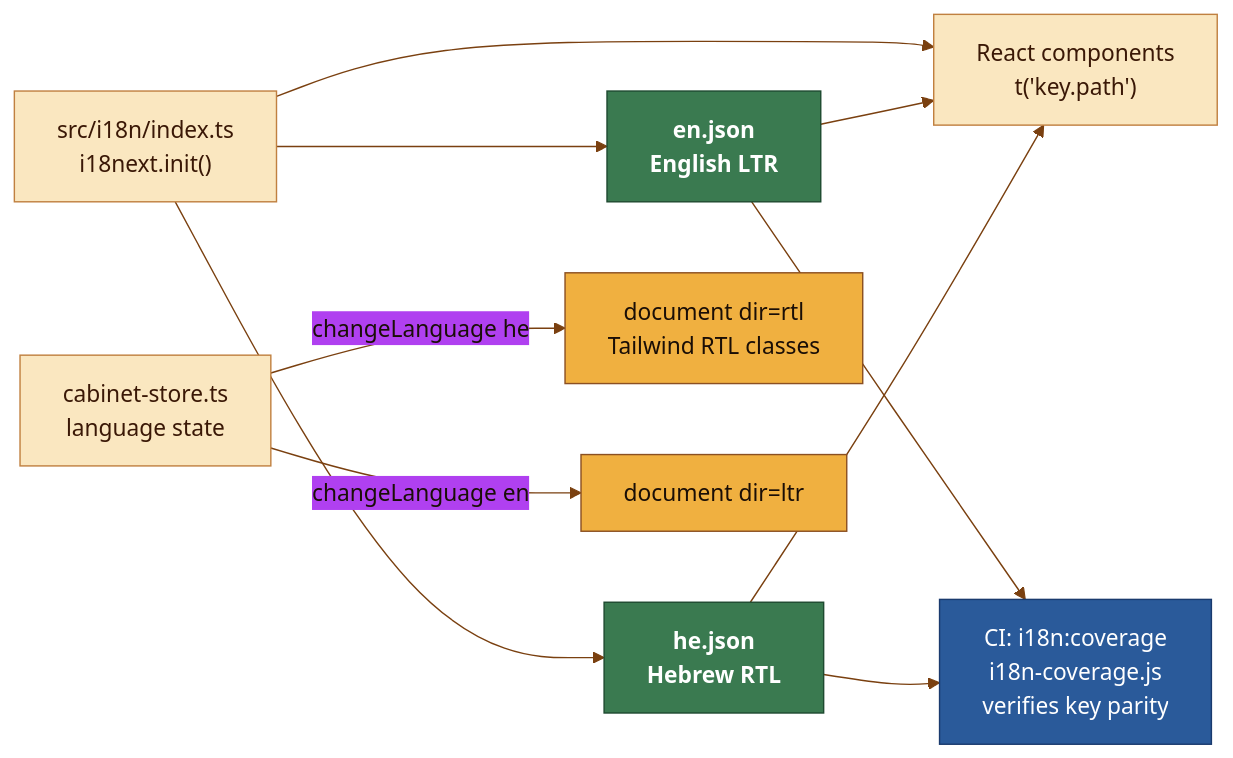
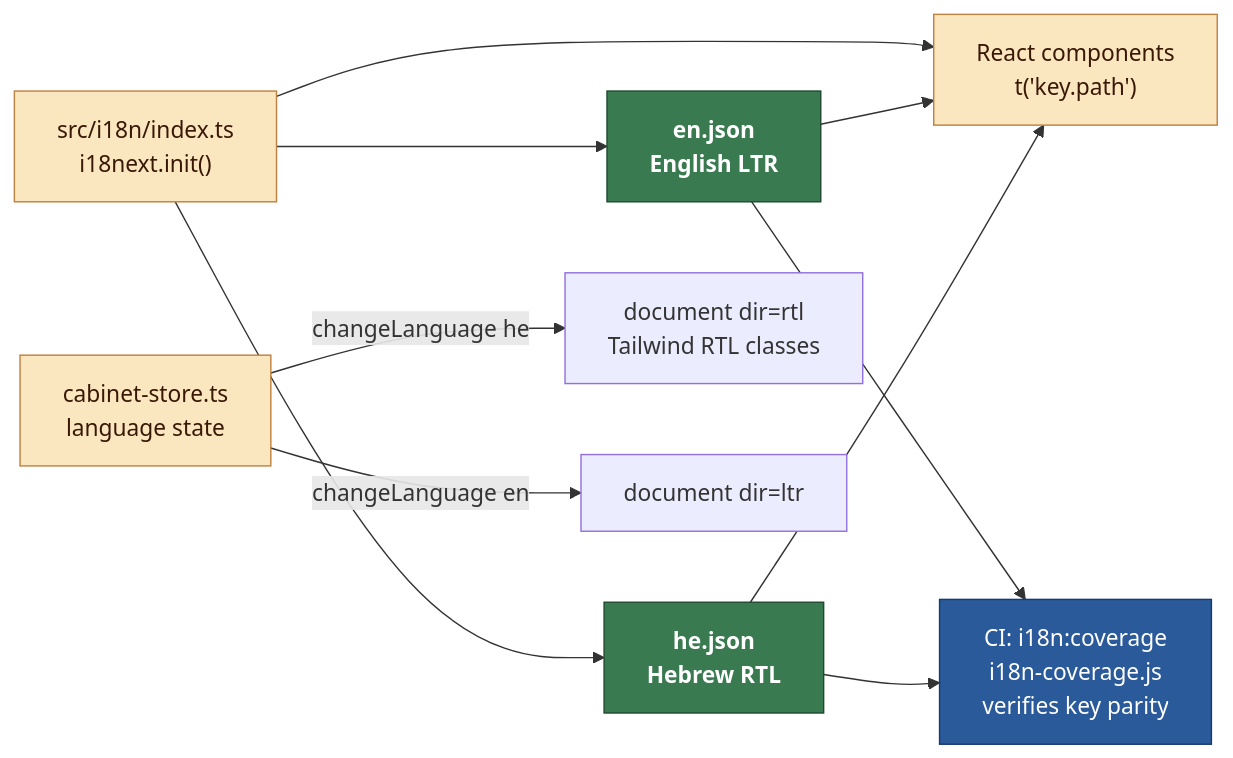
The eighth of 8 diagrams in docs/ARCHITECTURE.md (RajwanYair/WoodworkingShop), drawn with Mermaid before and after one commit. The commit also changed other lines of this file and 2 other files, not shown here.

First line of the commit message:
docs(md-audit): slim ROADMAP −263L, strip ARCHITECTURE Mermaid init blocks, add AGENTS.md

````diff
--- a/docs/ARCHITECTURE.md
+++ b/docs/ARCHITECTURE.md
@@ -432,29 +429,28 @@
 ```mermaid
-%%{init: {'theme': 'base', 'themeVariables': {'primaryColor': '#f0b040', 'primaryTextColor': '#1a0e06', 'primaryBorderColor': '#8b5022', 'lineColor': '#7a4010'}}}%%
 graph LR
   init["src/i18n/index.ts\ni18next.init()"]
   en["en.json\nEnglish LTR"]
   he["he.json\nHebrew RTL"]
   init --> en
   init --> he
 
   store["cabinet-store.ts\nlanguage state"]
   store -- "changeLanguage he" --> rtl["document dir=rtl\nTailwind RTL classes"]
   store -- "changeLanguage en" --> ltr["document dir=ltr"]
 
   comp["React components\nt('key.path')"]
   init --> comp
   en --> comp
   he --> comp
 
   ci["CI: i18n:coverage\ni18n-coverage.js\nverifies key parity"]
   en --> ci
   he --> ci
 
   classDef file fill:#3a7a50,stroke:#1e4a30,color:#fff,font-weight:bold
   classDef process fill:#fae7c0,stroke:#c08040,color:#3a1806
   classDef check fill:#2a5a9a,stroke:#1a3a6e,color:#fff
   class en,he file
   class init,store,comp process
   class ci check
 ```
````
